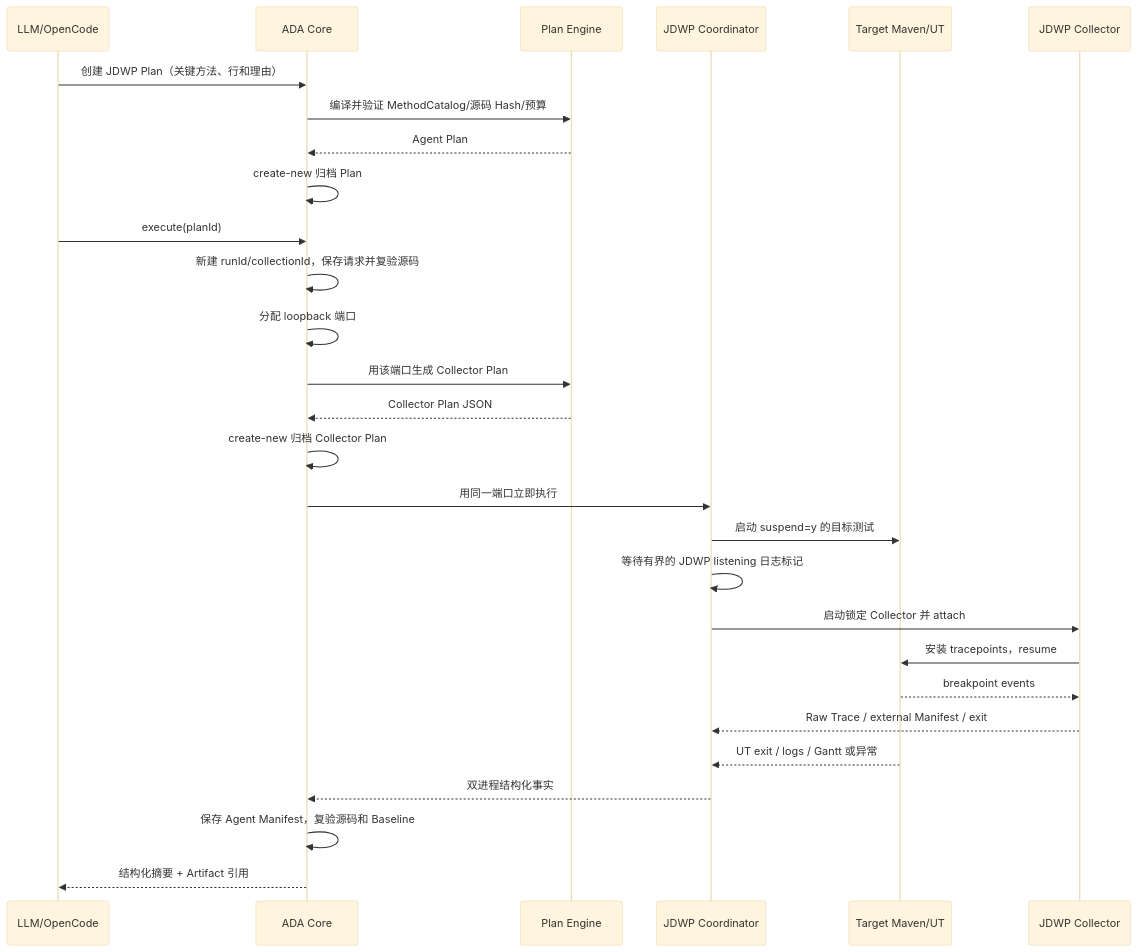
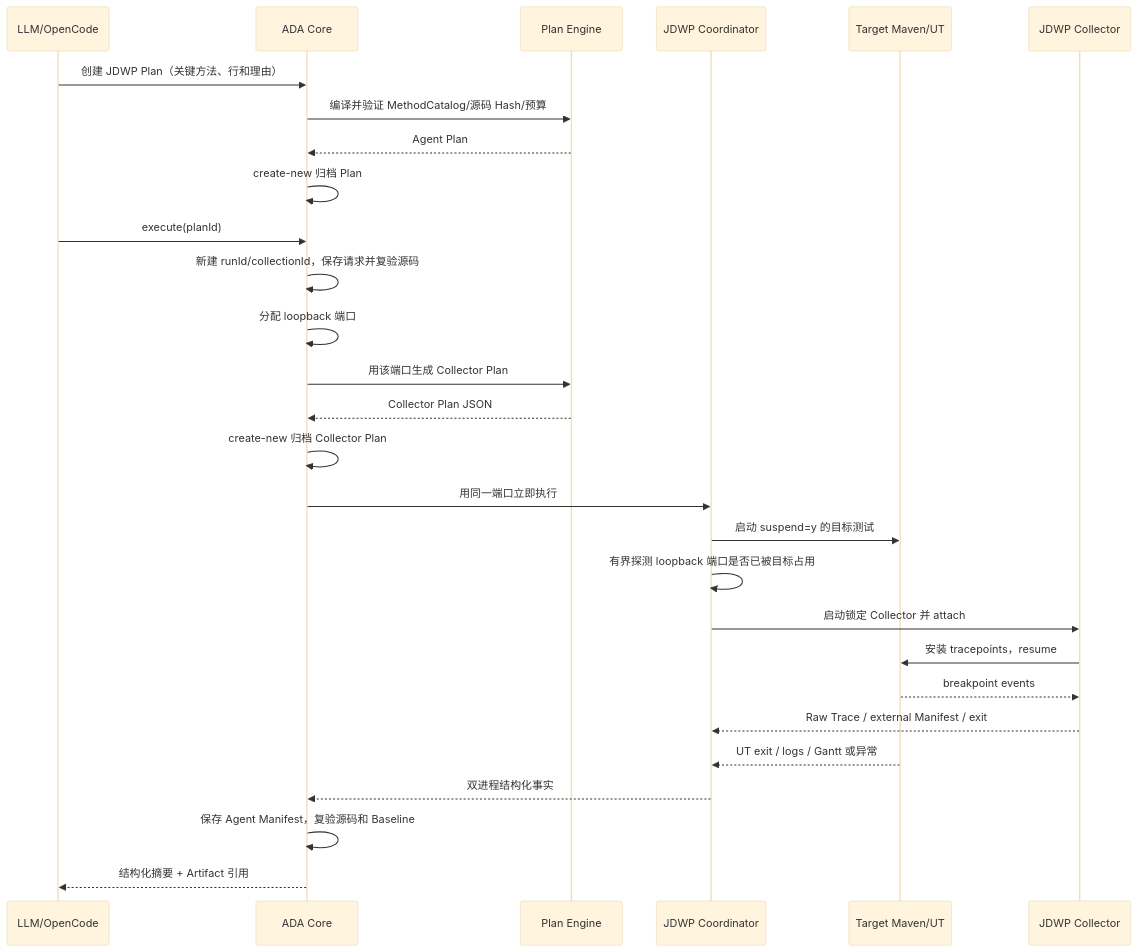
Before and after one commit to mh90901119-oss/algorithm-debug-agent: the second of 2 diagrams in docs/designs/2026-08-18-p3-jdwp-integration-design.md, drawn with Mermaid (base theme). The commit also changed other lines of this file and 16 other files, not shown here.

````diff
--- a/docs/designs/2026-08-18-p3-jdwp-integration-design.md
+++ b/docs/designs/2026-08-18-p3-jdwp-integration-design.md
@@ -179,30 +181,30 @@
 ```mermaid
 sequenceDiagram
     participant L as LLM/OpenCode
     participant C as ADA Core
     participant P as Plan Engine
     participant H as JDWP Coordinator
     participant T as Target Maven/UT
     participant J as JDWP Collector
     L->>C: 创建 JDWP Plan（关键方法、行和理由）
     C->>P: 编译并验证 MethodCatalog/源码 Hash/预算
     P-->>C: Agent Plan
     C->>C: create-new 归档 Plan
     L->>C: execute(planId)
     C->>C: 新建 runId/collectionId，保存请求并复验源码
     C->>C: 分配 loopback 端口
     C->>P: 用该端口生成 Collector Plan
     P-->>C: Collector Plan JSON
     C->>C: create-new 归档 Collector Plan
     C->>H: 用同一端口立即执行
     H->>T: 启动 suspend=y 的目标测试
-    H->>H: 等待有界的 JDWP listening 日志标记
+    H->>H: 有界探测 loopback 端口是否已被目标占用
     H->>J: 启动锁定 Collector 并 attach
     J->>T: 安装 tracepoints，resume
     T-->>J: breakpoint events
     J-->>H: Raw Trace / external Manifest / exit
     T-->>H: UT exit / logs / Gantt 或异常
     H-->>C: 双进程结构化事实
     C->>C: 保存 Agent Manifest，复验源码和 Baseline
     C-->>L: 结构化摘要 + Artifact 引用
 ```
````
